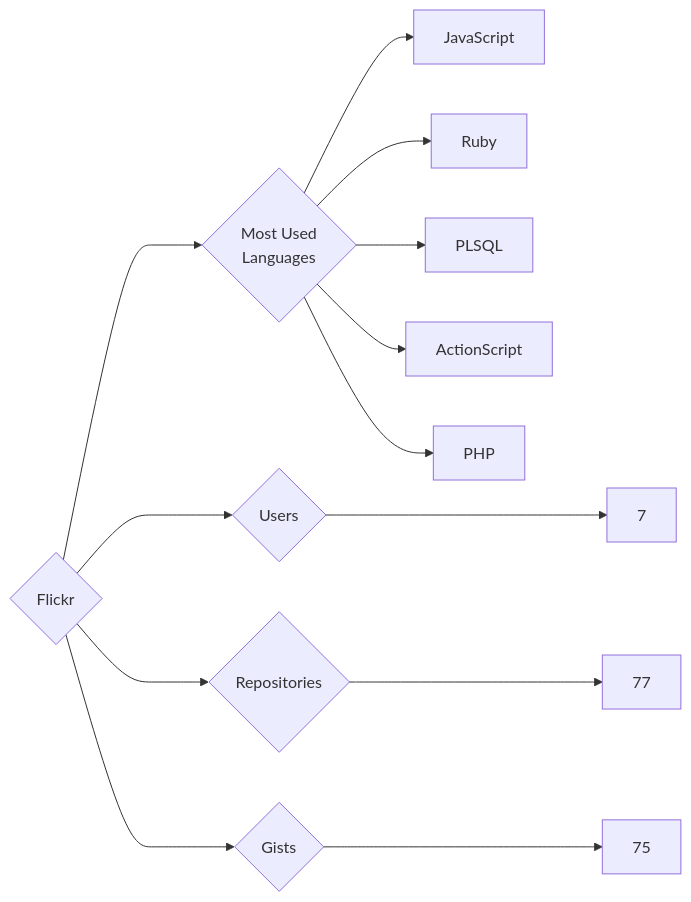
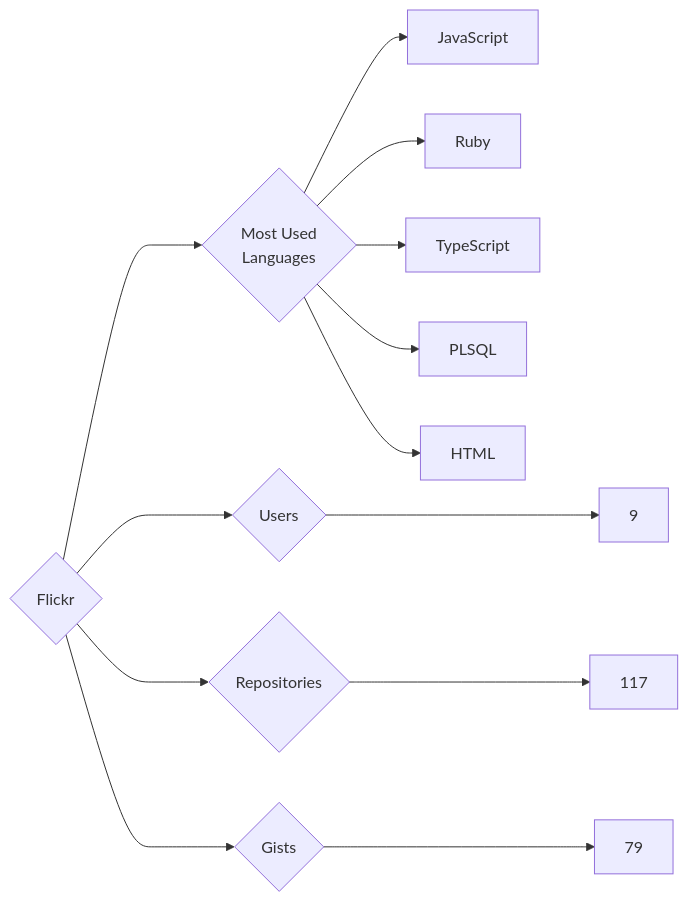
One commit to trickest/insiders changed the diagram in targets/Flickr/README.md. Above: the diagram before and after it, drawn with Mermaid. The commit also changed 872 other files, not shown here.

````diff
--- a/targets/Flickr/README.md
+++ b/targets/Flickr/README.md
@@ -3,13 +3,13 @@
 ```mermaid
 graph LR
 COMPANY_NAME{Flickr}
-COMPANY_NAME ---> U{Users} ---> UN[7]
-COMPANY_NAME ---> R{Repositories} ---> RN[77]
-COMPANY_NAME ---> G{Gists} ---> GN[75]
+COMPANY_NAME ---> U{Users} ---> UN[9]
+COMPANY_NAME ---> R{Repositories} ---> RN[117]
+COMPANY_NAME ---> G{Gists} ---> GN[79]
 COMPANY_NAME ---> ML{Most Used<br>Languages}
 ML --> JavaScript[JavaScript]
 ML --> Ruby[Ruby]
+ML --> TypeScript[TypeScript]
 ML --> PLSQL[PLSQL]
-ML --> ActionScript[ActionScript]
-ML --> PHP[PHP]
+ML --> HTML[HTML]
 ```
````
